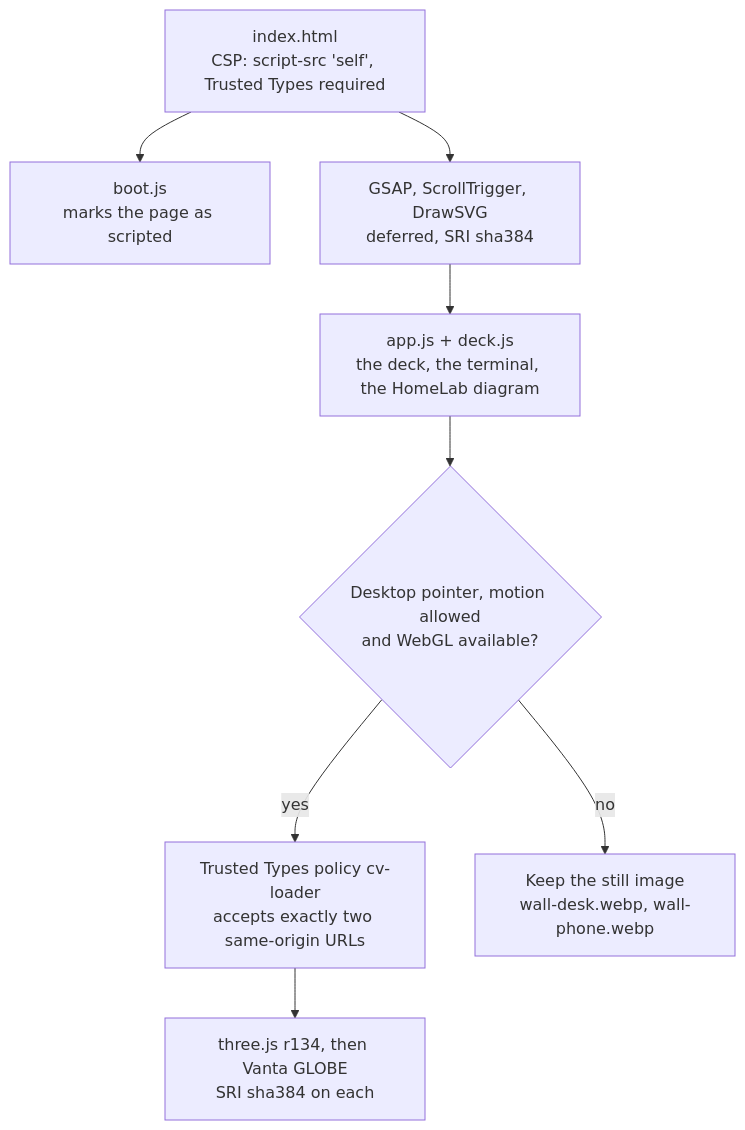
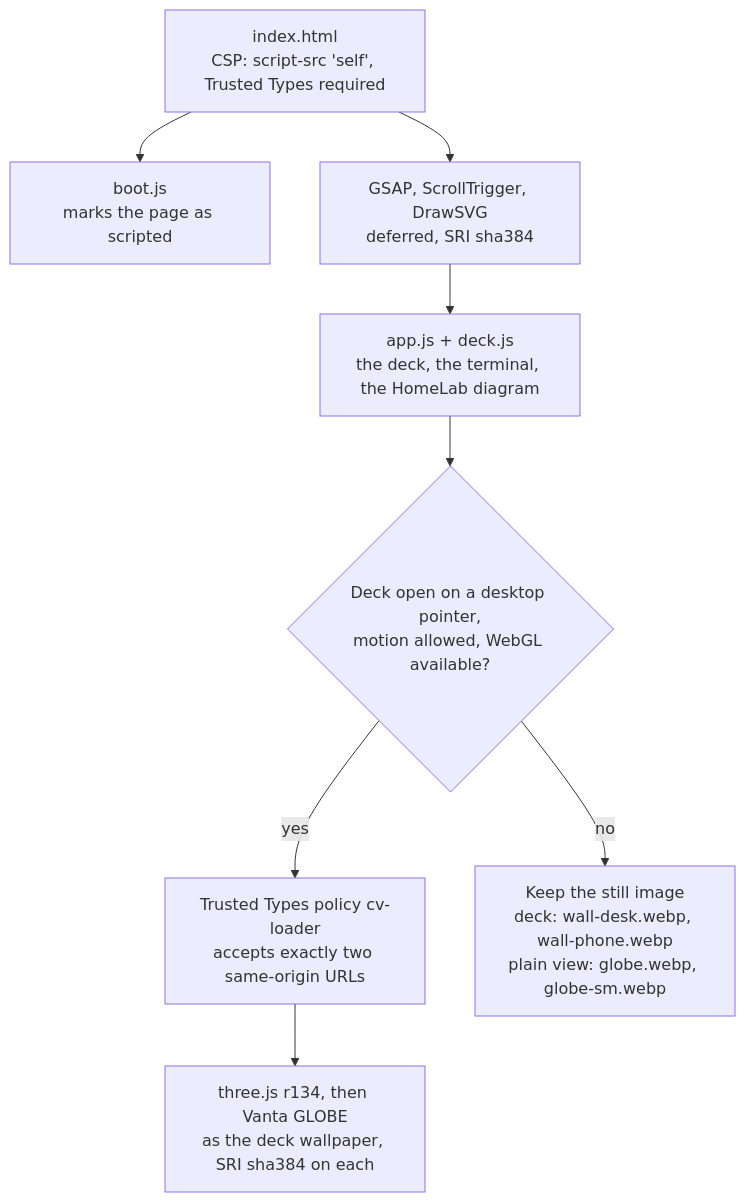
The diagram in README.md (DimPourn/DimPournCV), drawn with Mermaid before and after one commit.

Commit message:
docs: say the globe runs only in the open deck, and name the plain view's still

````diff
--- a/README.md
+++ b/README.md
@@ -43,10 +43,10 @@
 ```mermaid
 flowchart TD
   A["index.html<br/>CSP: script-src 'self', Trusted Types required"] --> B["boot.js<br/>marks the page as scripted"]
   A --> C["GSAP, ScrollTrigger, DrawSVG<br/>deferred, SRI sha384"]
   C --> D["app.js + deck.js<br/>the deck, the terminal, the HomeLab diagram"]
-  D --> E{"Desktop pointer, motion allowed<br/>and WebGL available?"}
+  D --> E{"Deck open on a desktop pointer,<br/>motion allowed, WebGL available?"}
   E -- yes --> F["Trusted Types policy cv-loader<br/>accepts exactly two same-origin URLs"]
-  F --> G["three.js r134, then Vanta GLOBE<br/>SRI sha384 on each"]
-  E -- no --> H["Keep the still image<br/>wall-desk.webp, wall-phone.webp"]
+  F --> G["three.js r134, then Vanta GLOBE<br/>as the deck wallpaper, SRI sha384 on each"]
+  E -- no --> H["Keep the still image<br/>deck: wall-desk.webp, wall-phone.webp<br/>plain view: globe.webp, globe-sm.webp"]
 ```
````
